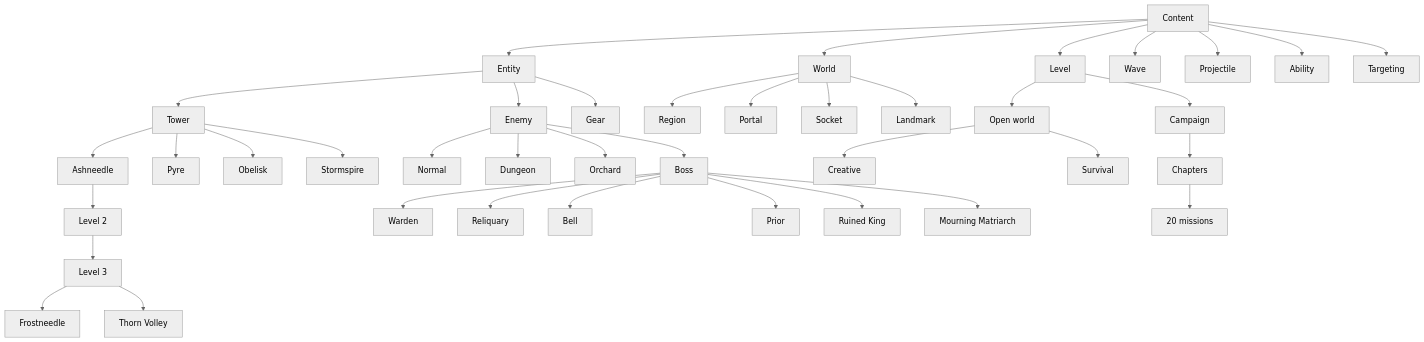
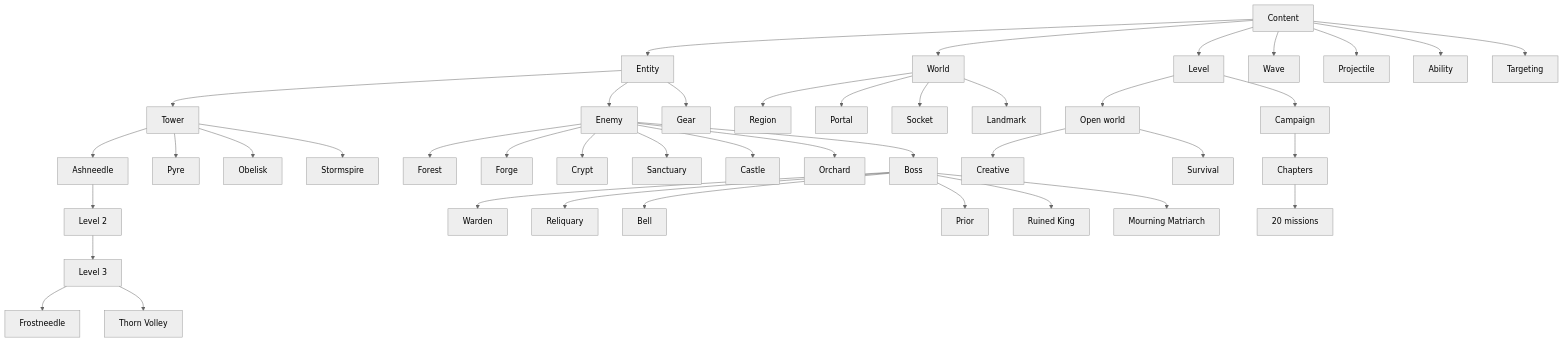
One commit to KAISERaustin/Hollow-Vigil changed the diagram in docs/NODE_SYSTEM.md. Above: the diagram before and after it, drawn with Mermaid (neutral theme). The commit also changed other lines of this file and 50 other files, not shown here.

````diff
--- a/docs/NODE_SYSTEM.md
+++ b/docs/NODE_SYSTEM.md
@@ -7,41 +7,44 @@
 ```mermaid
 graph TD
     Content --> Entity
     Entity --> Tower
     Tower --> Ashneedle
     Tower --> Pyre
     Tower --> Obelisk
     Tower --> Stormspire
     Ashneedle --> Tier2[Level 2]
     Tier2 --> Tier3[Level 3]
     Tier3 --> Frostneedle
     Tier3 --> ThornVolley[Thorn Volley]
     Entity --> Enemy
-    Enemy --> Normal
-    Enemy --> Dungeon
+    Enemy --> Forest
+    Enemy --> Forge
+    Enemy --> Crypt
+    Enemy --> Sanctuary
+    Enemy --> Castle
     Enemy --> Orchard
     Enemy --> Boss
     Boss --> Warden
     Boss --> Reliquary
     Boss --> Bell
     Boss --> Prior
     Boss --> RuinedKing[Ruined King]
     Boss --> MourningMatriarch[Mourning Matriarch]
     Entity --> Gear
     Content --> World
     World --> Region
     World --> Portal
     World --> Socket
     World --> Landmark
     Content --> Level
     Level --> OpenWorld[Open world]
     OpenWorld --> Creative
     OpenWorld --> Survival
     Level --> Campaign
     Campaign --> Chapters
     Chapters --> Missions[20 missions]
     Content --> Wave
     Content --> Projectile
     Content --> Ability
     Content --> Targeting
 ```
````
